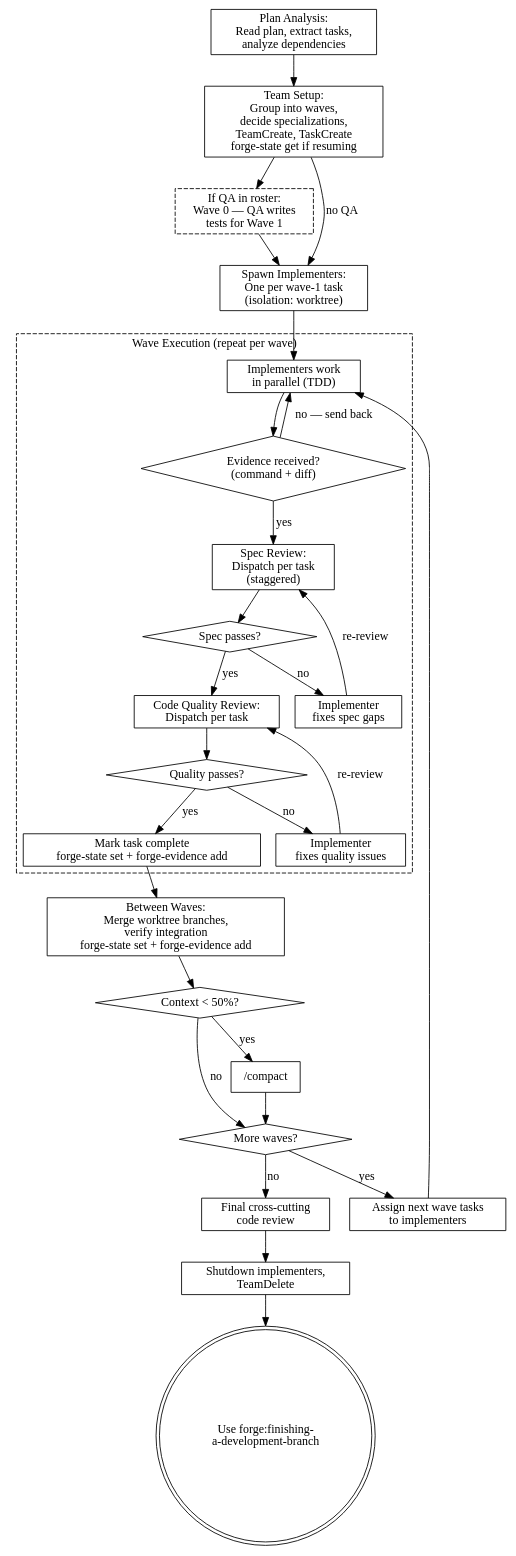
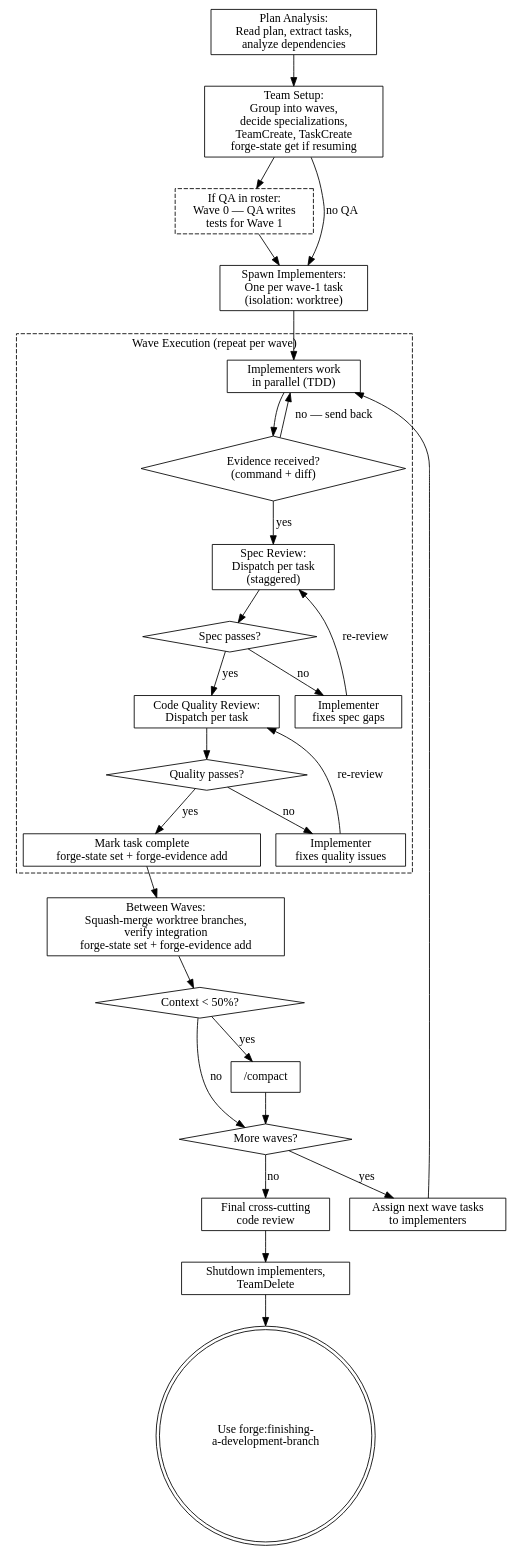
Before and after one commit to rahulsc/forge: the diagram in skills/agent-team-driven-development/SKILL.md, drawn with Graphviz. The commit also changed other lines of this file, not shown here.

First line of the commit message:
fix: default to squash-on-merge for multi-agent worktree branches

````diff
--- a/skills/agent-team-driven-development/SKILL.md
+++ b/skills/agent-team-driven-development/SKILL.md
@@ -168,62 +179,62 @@
 ```dot
 digraph agent_team {
     rankdir=TB;
     node [shape=box];
 
     plan_analysis [label="Plan Analysis:\nRead plan, extract tasks,\nanalyze dependencies"];
     team_setup [label="Team Setup:\nGroup into waves,\ndecide specializations,\nTeamCreate, TaskCreate\nforge-state get if resuming"];
     qa_wave0 [label="If QA in roster:\nWave 0 — QA writes\ntests for Wave 1" style=dashed];
     spawn [label="Spawn Implementers:\nOne per wave-1 task\n(isolation: worktree)"];
 
     subgraph cluster_wave {
         label="Wave Execution (repeat per wave)";
         style=dashed;
 
         implement [label="Implementers work\nin parallel (TDD)"];
         evidence_check [label="Evidence received?\n(command + diff)" shape=diamond];
         spec_review [label="Spec Review:\nDispatch per task\n(staggered)"];
         spec_pass [label="Spec passes?" shape=diamond];
         fix_spec [label="Implementer\nfixes spec gaps"];
         code_review [label="Code Quality Review:\nDispatch per task"];
         code_pass [label="Quality passes?" shape=diamond];
         fix_quality [label="Implementer\nfixes quality issues"];
         task_complete [label="Mark task complete\nforge-state set + forge-evidence add"];
     }
 
-    merge [label="Between Waves:\nMerge worktree branches,\nverify integration\nforge-state set + forge-evidence add"];
+    merge [label="Between Waves:\nSquash-merge worktree branches,\nverify integration\nforge-state set + forge-evidence add"];
     context_check [label="Context < 50%?" shape=diamond];
     compact [label="/compact"];
     wave_check [label="More waves?" shape=diamond];
     next_wave [label="Assign next wave tasks\nto implementers"];
     final_review [label="Final cross-cutting\ncode review"];
     shutdown [label="Shutdown implementers,\nTeamDelete"];
     finish [label="Use forge:finishing-\na-development-branch" shape=doublecircle];
 
     plan_analysis -> team_setup;
     team_setup -> qa_wave0;
     qa_wave0 -> spawn;
     team_setup -> spawn [label="no QA"];
     spawn -> implement;
     implement -> evidence_check;
     evidence_check -> spec_review [label="yes"];
     evidence_check -> implement [label="no — send back"];
     spec_review -> spec_pass;
     spec_pass -> fix_spec [label="no"];
     fix_spec -> spec_review [label="re-review"];
     spec_pass -> code_review [label="yes"];
     code_review -> code_pass;
     code_pass -> fix_quality [label="no"];
     fix_quality -> code_review [label="re-review"];
     code_pass -> task_complete [label="yes"];
     task_complete -> merge;
     merge -> context_check;
     context_check -> compact [label="yes"];
     compact -> wave_check;
     context_check -> wave_check [label="no"];
     wave_check -> next_wave [label="yes"];
     next_wave -> implement;
     wave_check -> final_review [label="no"];
     final_review -> shutdown;
     shutdown -> finish;
 }
 ```
````
